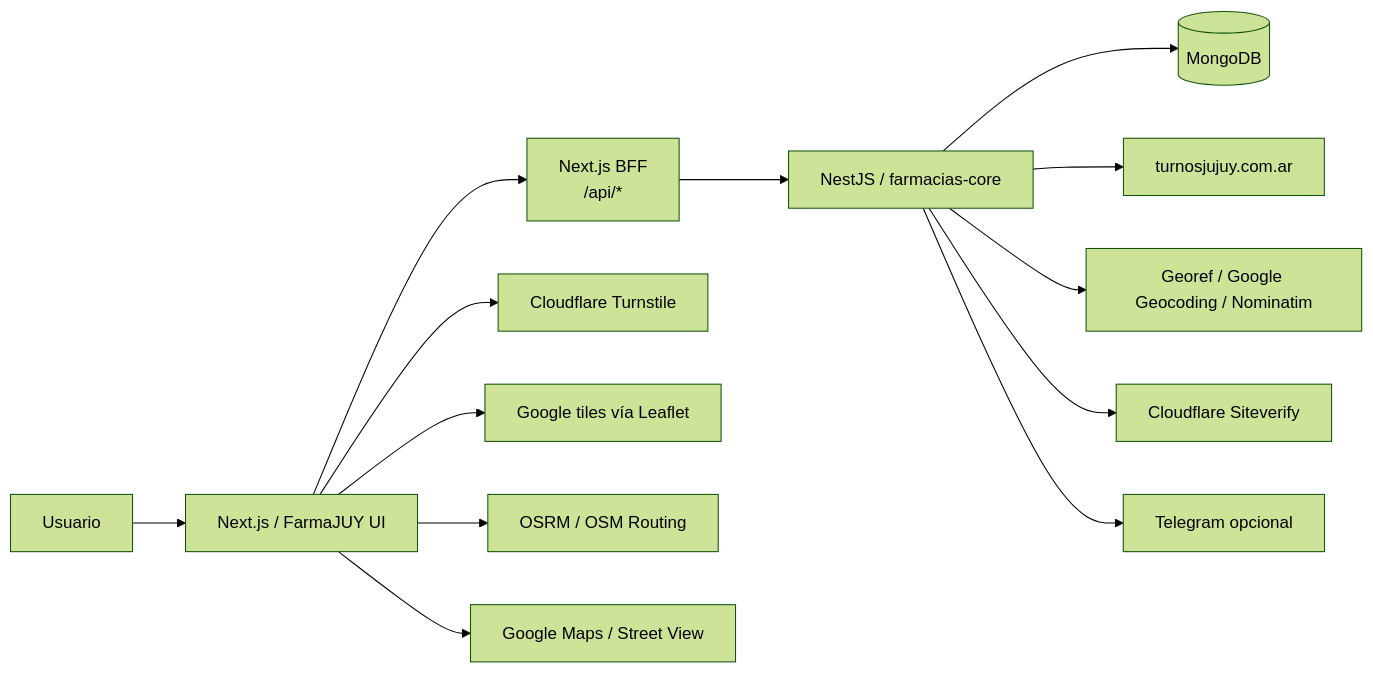
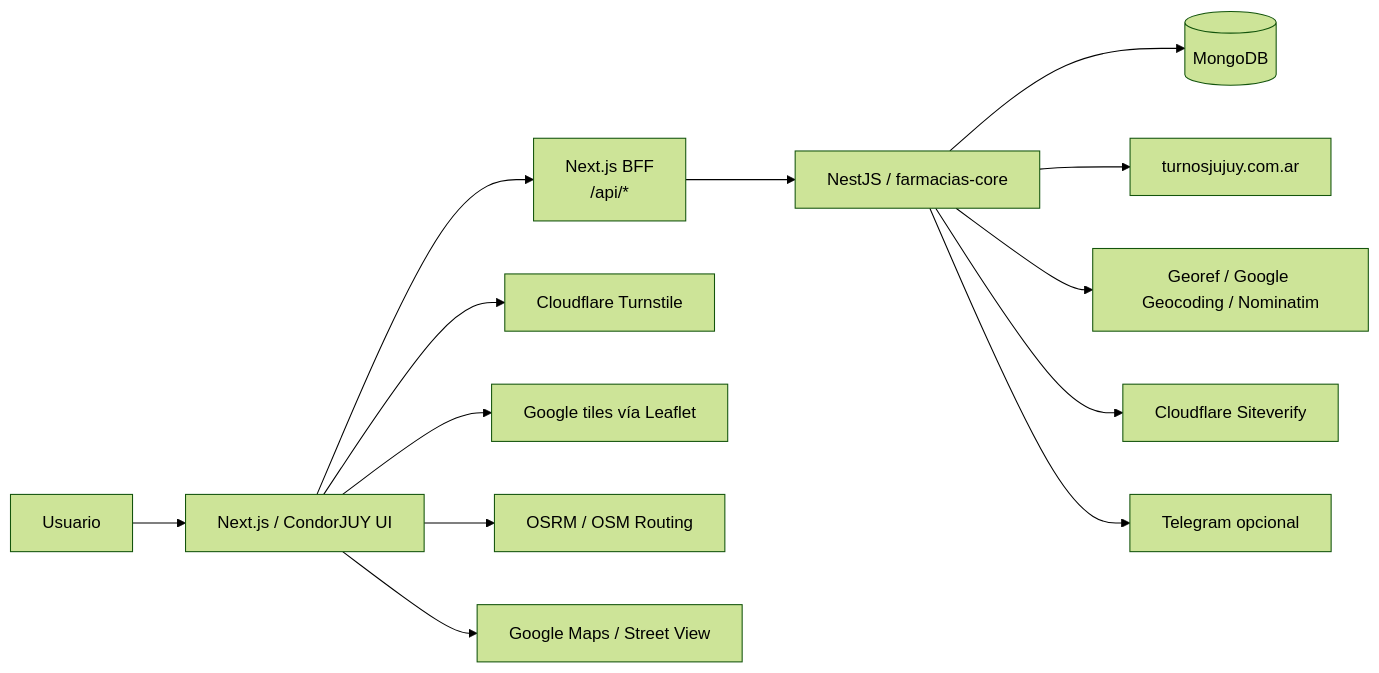
Before and after one commit to duiliomamani/ar.farmacias-ui: the first of 9 diagrams in docs/ARQUITECTURA.md, drawn with Mermaid (forest theme). The commit also changed other lines of this file and 27 other files, not shown here.

````diff
--- a/docs/ARQUITECTURA.md
+++ b/docs/ARQUITECTURA.md
@@ -16,15 +16,15 @@
 ```mermaid
 flowchart LR
-    U[Usuario] --> UI[Next.js / FarmaJUY UI]
+    U[Usuario] --> UI[Next.js / CondorJUY UI]
     UI --> BFF[Next.js BFF\n/api/*]
     BFF --> CORE[NestJS / farmacias-core]
     CORE --> DB[(MongoDB)]
     CORE --> TJ[turnosjujuy.com.ar]
     CORE --> GEO[Georef / Google Geocoding / Nominatim]
     UI --> CF[Cloudflare Turnstile]
     CORE --> CFV[Cloudflare Siteverify]
     CORE --> TG[Telegram opcional]
     UI --> MAP[Google tiles vía Leaflet]
     UI --> ROUTE[OSRM / OSM Routing]
     UI --> GM[Google Maps / Street View]
 ```
````
